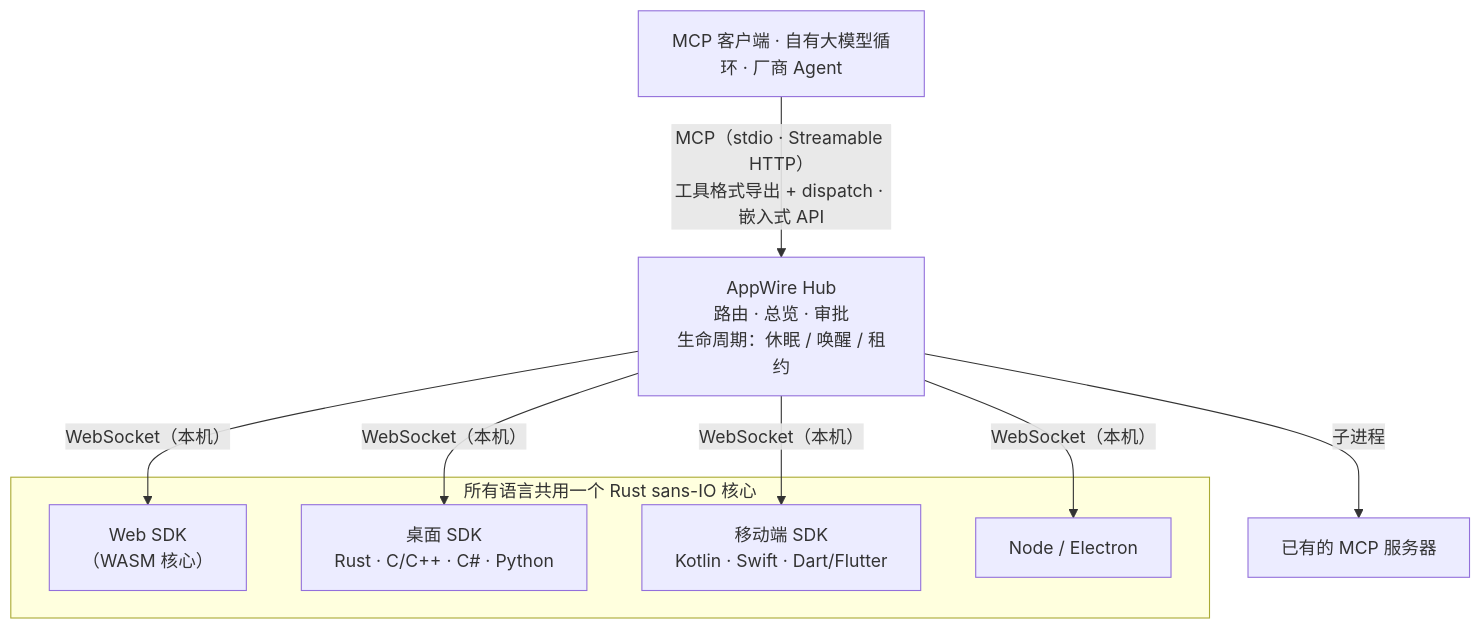
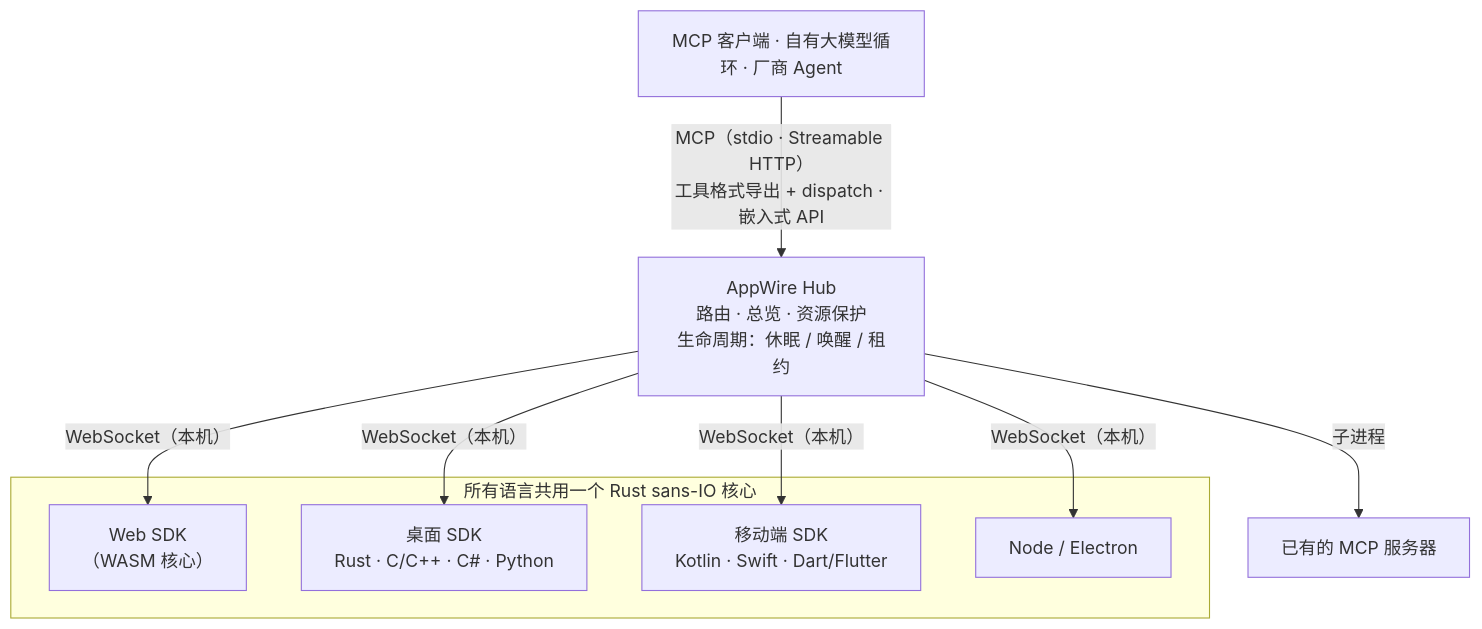
Before and after one commit to stareing/appwire: the diagram in docs/README.zh-CN.md, drawn with Mermaid. The commit also changed other lines of this file and 11 other files, not shown here.

Commit message:
第 18 项 L1 + L4：README（11 种语言）与 llms.txt 去掉"Hub 审批"承诺，改为放行归 Agent、高风险确认归 App、本库如实传递声明并保护资源；补第 9 条原则"看得见、改得回"

````diff
--- a/docs/README.zh-CN.md
+++ b/docs/README.zh-CN.md
@@ -136,17 +138,17 @@
 ```mermaid
 flowchart TD
   clients["MCP 客户端 · 自有大模型循环 · 厂商 Agent"]
-  hub["AppWire Hub<br/>路由 · 总览 · 审批<br/>生命周期：休眠 / 唤醒 / 租约"]
+  hub["AppWire Hub<br/>路由 · 总览 · 资源保护<br/>生命周期：休眠 / 唤醒 / 租约"]
   clients -- "MCP（stdio · Streamable HTTP）<br/>工具格式导出 + dispatch · 嵌入式 API" --> hub
   hub -- "WebSocket（本机）" --> web["Web SDK<br/>（WASM 核心）"]
   hub -- "WebSocket（本机）" --> desktop["桌面 SDK<br/>Rust · C/C++ · C# · Python"]
   hub -- "WebSocket（本机）" --> mobile["移动端 SDK<br/>Kotlin · Swift · Dart/Flutter"]
   hub -- "WebSocket（本机）" --> node["Node / Electron"]
   hub -- "子进程" --> upstream["已有的 MCP 服务器"]
   subgraph core["所有语言共用一个 Rust sans-IO 核心"]
     web
     desktop
     mobile
     node
   end
 ```
````
